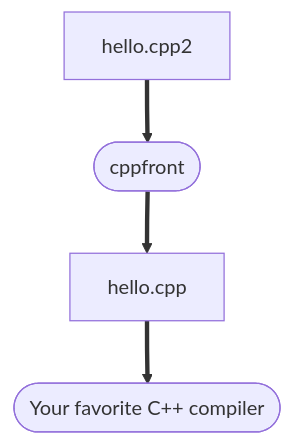
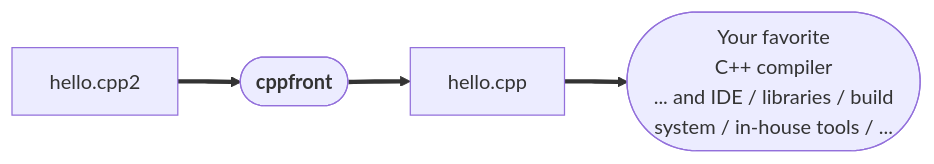
The diagram in docs/welcome/hello-world.md (hsutter/cppfront), drawn with Mermaid before and after one commit. The commit also changed other lines of this file and 1 other file, not shown here.

````diff
--- a/docs/welcome/hello-world.md
+++ b/docs/welcome/hello-world.md
@@ -10,6 +3,6 @@
 ``` mermaid
-graph TB
-  A[hello.cpp2] ==> B([cppfront]);
+graph LR
+  A[hello.cpp2] ==> B(["` **cppfront** `"]);
   B ==> C[hello.cpp];
-  C ==> D([Your favorite C++ compiler]);
+  C ==> D([Your favorite<br> C++ compiler<p>... and IDE / libraries / build<br>system / in-house tools / ...]);
 ```
````
